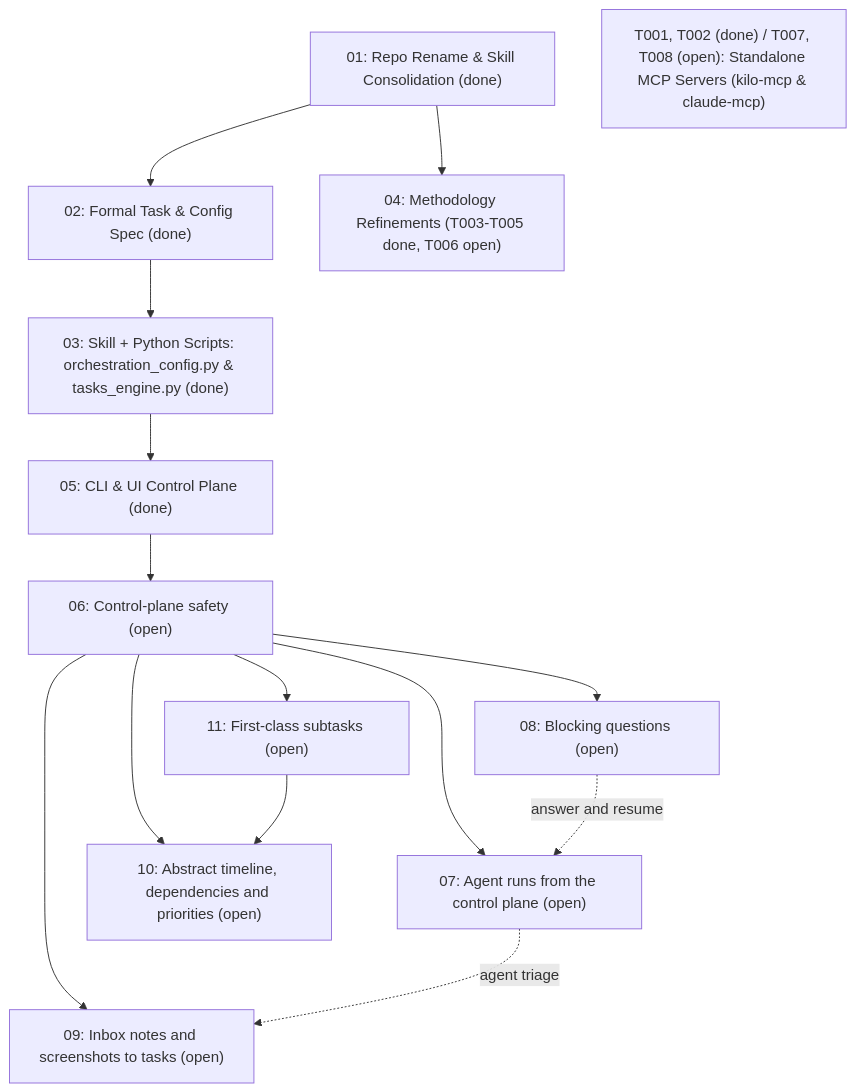
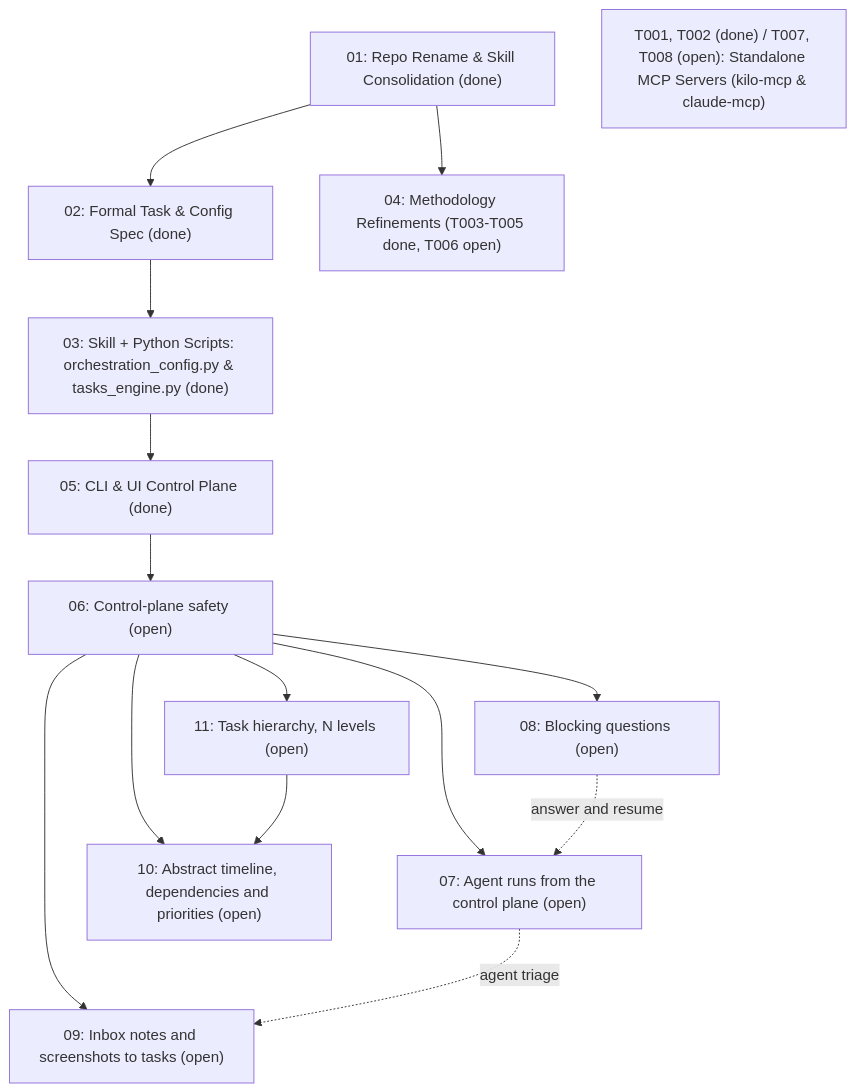
The diagram in tasks/00-INDEX.md (primax79/ai-orchestration), drawn with Mermaid before and after one commit. The commit also changed other lines of this file and 2 other files, not shown here.

Commit message:
docs(tasks): spec 11 becomes an N-level task tree (leaves executable, containers derived, container deps, one block level per file)

````diff
--- a/tasks/00-INDEX.md
+++ b/tasks/00-INDEX.md
@@ -93,26 +93,26 @@
 ```mermaid
 flowchart TB
     I01["01: Repo Rename & Skill Consolidation (done)"]
     I02["02: Formal Task & Config Spec (done)"]
     I03["03: Skill + Python Scripts: orchestration_config.py & tasks_engine.py (done)"]
     I04["04: Methodology Refinements (T003-T005 done, T006 open)"]
     I05["05: CLI & UI Control Plane (done)"]
     I06["06: Control-plane safety (open)"]
     I07["07: Agent runs from the control plane (open)"]
     I08["08: Blocking questions (open)"]
     I09["09: Inbox notes and screenshots to tasks (open)"]
     I10["10: Abstract timeline, dependencies and priorities (open)"]
-    I11["11: First-class subtasks (open)"]
+    I11["11: Task hierarchy, N levels (open)"]
     MCP["T001, T002 (done) / T007, T008 (open): Standalone MCP Servers (kilo-mcp & claude-mcp)"]
 
     I01 --> I02 --> I03 --> I05 --> I06
     I06 --> I07
     I06 --> I08
     I06 --> I09
     I06 --> I10
     I06 --> I11
     I11 --> I10
     I07 -.->|agent triage| I09
     I08 -.->|answer and resume| I07
     I01 --> I04
 ```
````
